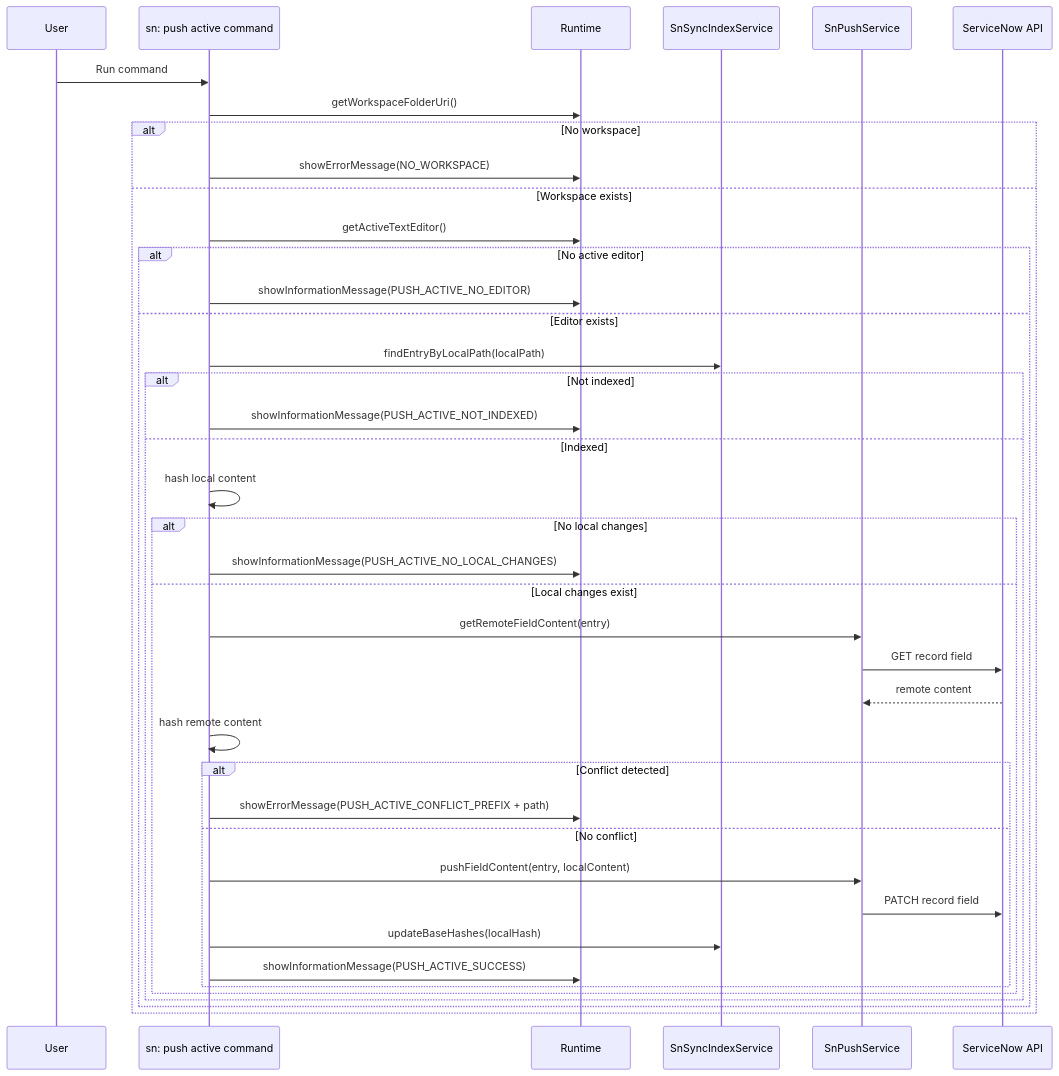
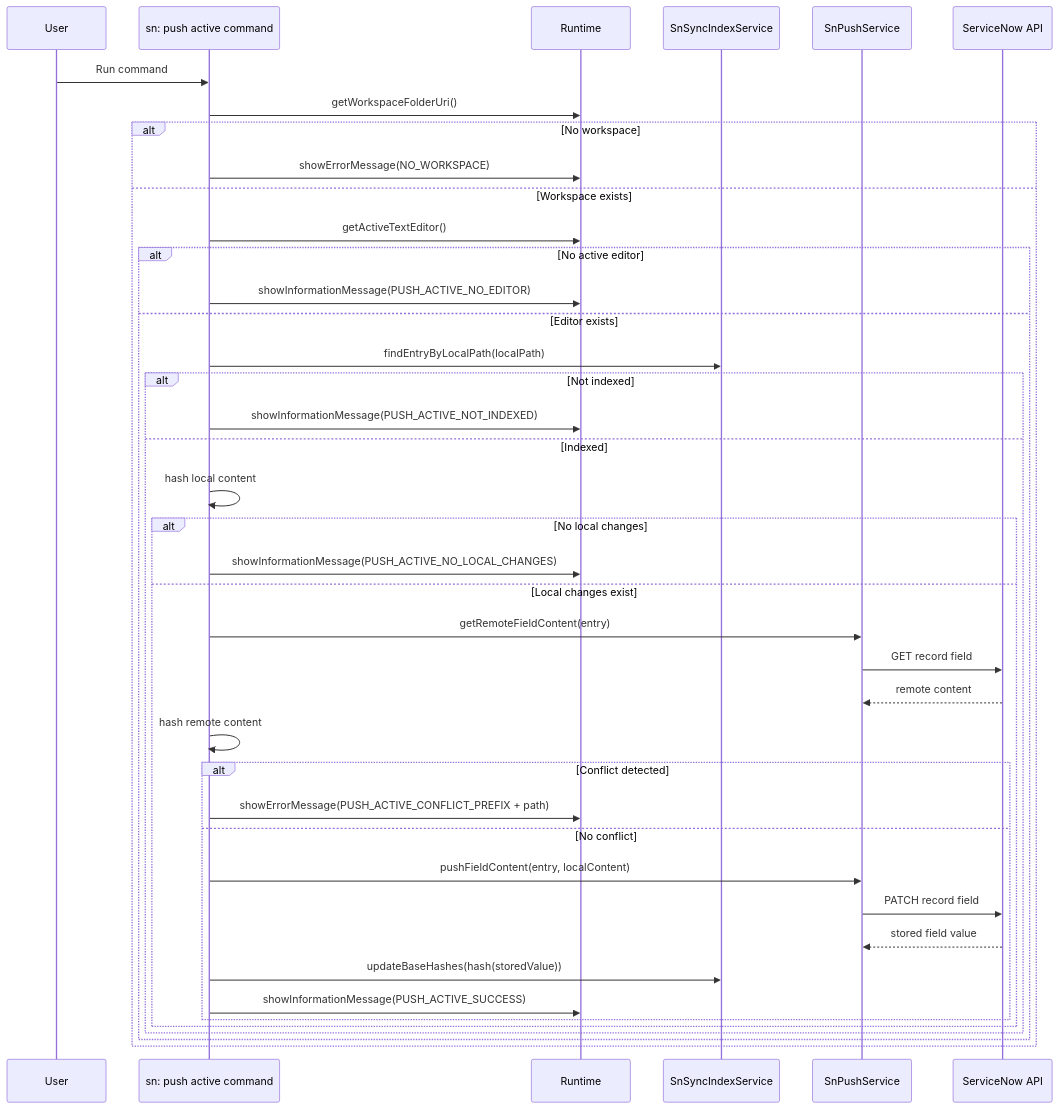
Before and after one commit to AlexAlvarez092/sn-sync: the diagram in docs/sn-push-active.md, drawn with Mermaid. The commit also changed other lines of this file and 2 other files, not shown here.

Commit message:
fix(push): update baseline hash handling to use stored ServiceNow values after successful writes

````diff
--- a/docs/sn-push-active.md
+++ b/docs/sn-push-active.md
@@ -70,43 +70,44 @@
 ```mermaid
 sequenceDiagram
 	participant U as User
 	participant C as sn: push active command
 	participant R as Runtime
 	participant I as SnSyncIndexService
 	participant P as SnPushService
 	participant N as ServiceNow API
 
 	U->>C: Run command
 	C->>R: getWorkspaceFolderUri()
 	alt No workspace
 		C->>R: showErrorMessage(NO_WORKSPACE)
 	else Workspace exists
 		C->>R: getActiveTextEditor()
 		alt No active editor
 			C->>R: showInformationMessage(PUSH_ACTIVE_NO_EDITOR)
 		else Editor exists
 			C->>I: findEntryByLocalPath(localPath)
 			alt Not indexed
 				C->>R: showInformationMessage(PUSH_ACTIVE_NOT_INDEXED)
 			else Indexed
 				C->>C: hash local content
 				alt No local changes
 					C->>R: showInformationMessage(PUSH_ACTIVE_NO_LOCAL_CHANGES)
 				else Local changes exist
 					C->>P: getRemoteFieldContent(entry)
 					P->>N: GET record field
 					N-->>P: remote content
 					C->>C: hash remote content
 					alt Conflict detected
 						C->>R: showErrorMessage(PUSH_ACTIVE_CONFLICT_PREFIX + path)
 					else No conflict
 						C->>P: pushFieldContent(entry, localContent)
 						P->>N: PATCH record field
-						C->>I: updateBaseHashes(localHash)
+						N-->>P: stored field value
+						C->>I: updateBaseHashes(hash(storedValue))
 						C->>R: showInformationMessage(PUSH_ACTIVE_SUCCESS)
 					end
 				end
 			end
 		end
 	end
 ```
````
